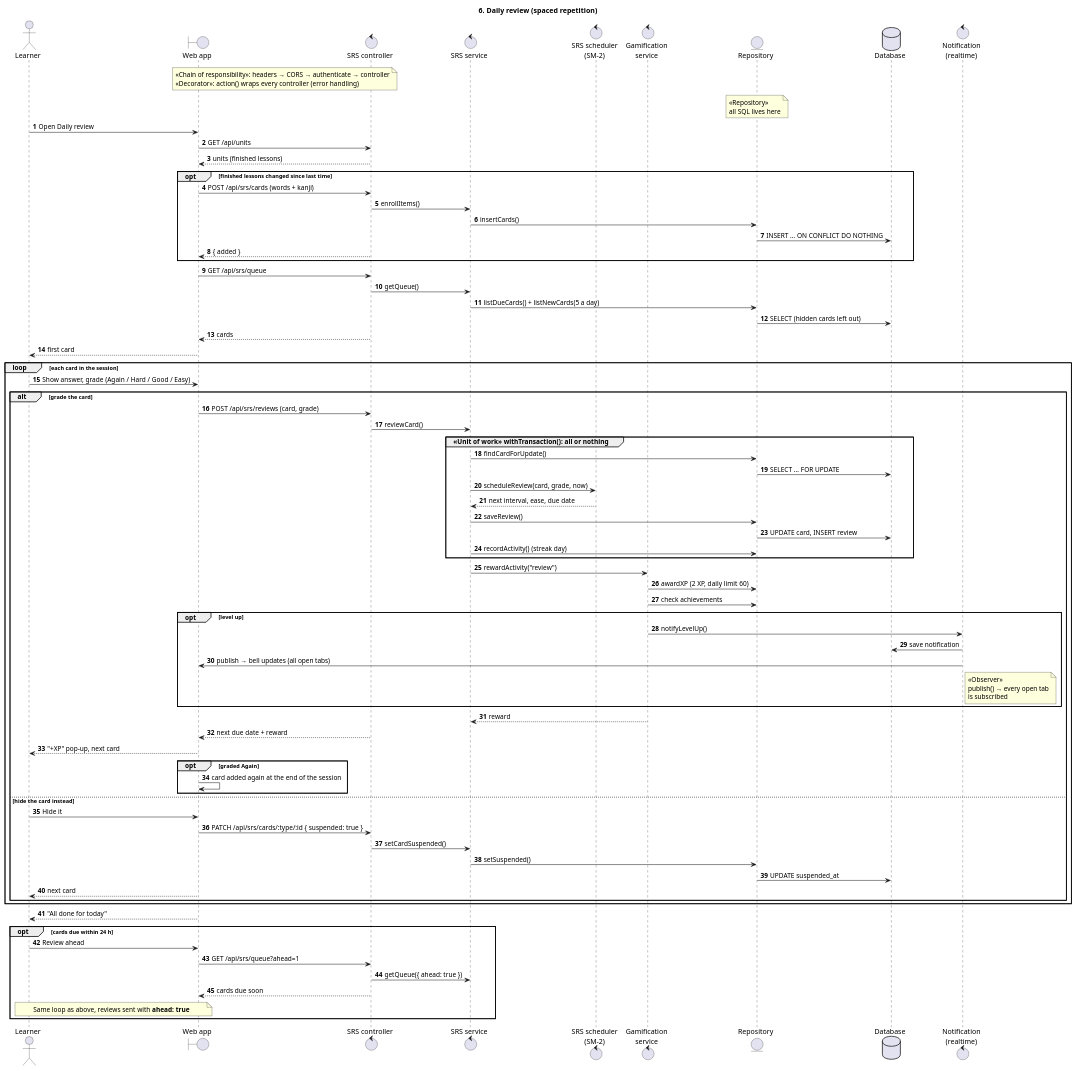
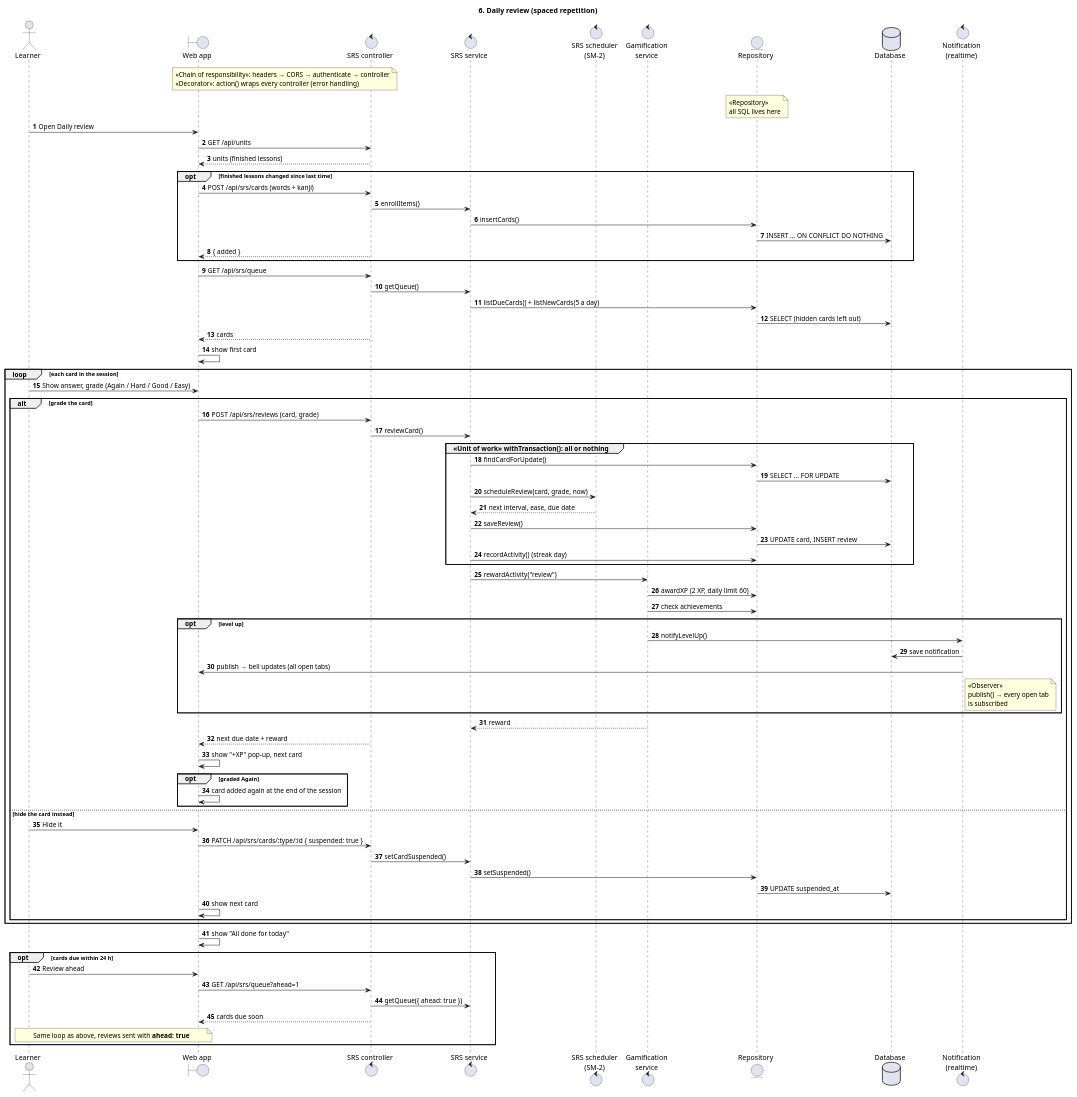
Before and after one commit to BLF2710/Nihongo-Training: the diagram in Diagram/sequence/06-daily-review.puml, drawn with PlantUML. The commit also changed 94 other files, not shown here.

```diff
--- a/Diagram/sequence/06-daily-review.puml
+++ b/Diagram/sequence/06-daily-review.puml
@@ -16,91 +16,91 @@
 @startuml 06 Daily review
 title 6. Daily review (spaced repetition)
 autonumber
 skinparam sequenceMessageAlign left
 skinparam responseMessageBelowArrow true
 
 actor Learner
 boundary "Web app" as Web
 control "SRS controller" as Ctrl
 control "SRS service" as Svc
 control "SRS scheduler\n(SM-2)" as Sched
 control "Gamification\nservice" as Gam
 entity "Repository" as Repo
 database "Database" as DB
 control "Notification\n(realtime)" as Notif
 
 note over Web, Ctrl : «Chain of responsibility»: headers → CORS → authenticate → controller\n«Decorator»: action() wraps every controller (error handling)
 note over Repo : «Repository»\nall SQL lives here
 
 Learner -> Web : Open Daily review
 Web -> Ctrl : GET /api/units
 Ctrl --> Web : units (finished lessons)
 
 opt finished lessons changed since last time
   Web -> Ctrl : POST /api/srs/cards (words + kanji)
   Ctrl -> Svc : enrollItems()
   Svc -> Repo : insertCards()
   Repo -> DB : INSERT … ON CONFLICT DO NOTHING
   Ctrl --> Web : { added }
 end
 
 Web -> Ctrl : GET /api/srs/queue
 Ctrl -> Svc : getQueue()
 Svc -> Repo : listDueCards() + listNewCards(5 a day)
 Repo -> DB : SELECT (hidden cards left out)
 Ctrl --> Web : cards
-Web --> Learner : first card
+Web -> Web : show first card
 
 loop each card in the session
   Learner -> Web : Show answer, grade (Again / Hard / Good / Easy)
 
   alt grade the card
     Web -> Ctrl : POST /api/srs/reviews (card, grade)
     Ctrl -> Svc : reviewCard()
 
     group «Unit of work» withTransaction(): all or nothing
       Svc -> Repo : findCardForUpdate()
       Repo -> DB : SELECT … FOR UPDATE
       Svc -> Sched : scheduleReview(card, grade, now)
       Sched --> Svc : next interval, ease, due date
       Svc -> Repo : saveReview()
       Repo -> DB : UPDATE card, INSERT review
       Svc -> Repo : recordActivity() (streak day)
     end
 
     Svc -> Gam : rewardActivity("review")
     Gam -> Repo : awardXP (2 XP, daily limit 60)
     Gam -> Repo : check achievements
     opt level up
       Gam -> Notif : notifyLevelUp()
       Notif -> DB : save notification
       Notif -> Web : publish → bell updates (all open tabs)
       note right of Notif : «Observer»\npublish() → every open tab\nis subscribed
     end
     Gam --> Svc : reward
     Ctrl --> Web : next due date + reward
-    Web --> Learner : "+XP" pop-up, next card
+    Web -> Web : show "+XP" pop-up, next card
     opt graded Again
       Web -> Web : card added again at the end of the session
     end
 
   else hide the card instead
     Learner -> Web : Hide it
     Web -> Ctrl : PATCH /api/srs/cards/:type/:id { suspended: true }
     Ctrl -> Svc : setCardSuspended()
     Svc -> Repo : setSuspended()
     Repo -> DB : UPDATE suspended_at
-    Web --> Learner : next card
+    Web -> Web : show next card
   end
 end
 
-Web --> Learner : "All done for today"
+Web -> Web : show "All done for today"
 
 opt cards due within 24 h
   Learner -> Web : Review ahead
   Web -> Ctrl : GET /api/srs/queue?ahead=1
   Ctrl -> Svc : getQueue({ ahead: true })
   Ctrl --> Web : cards due soon
   note over Learner, Web : Same loop as above, reviews sent with **ahead: true**
 end
 @enduml
```
